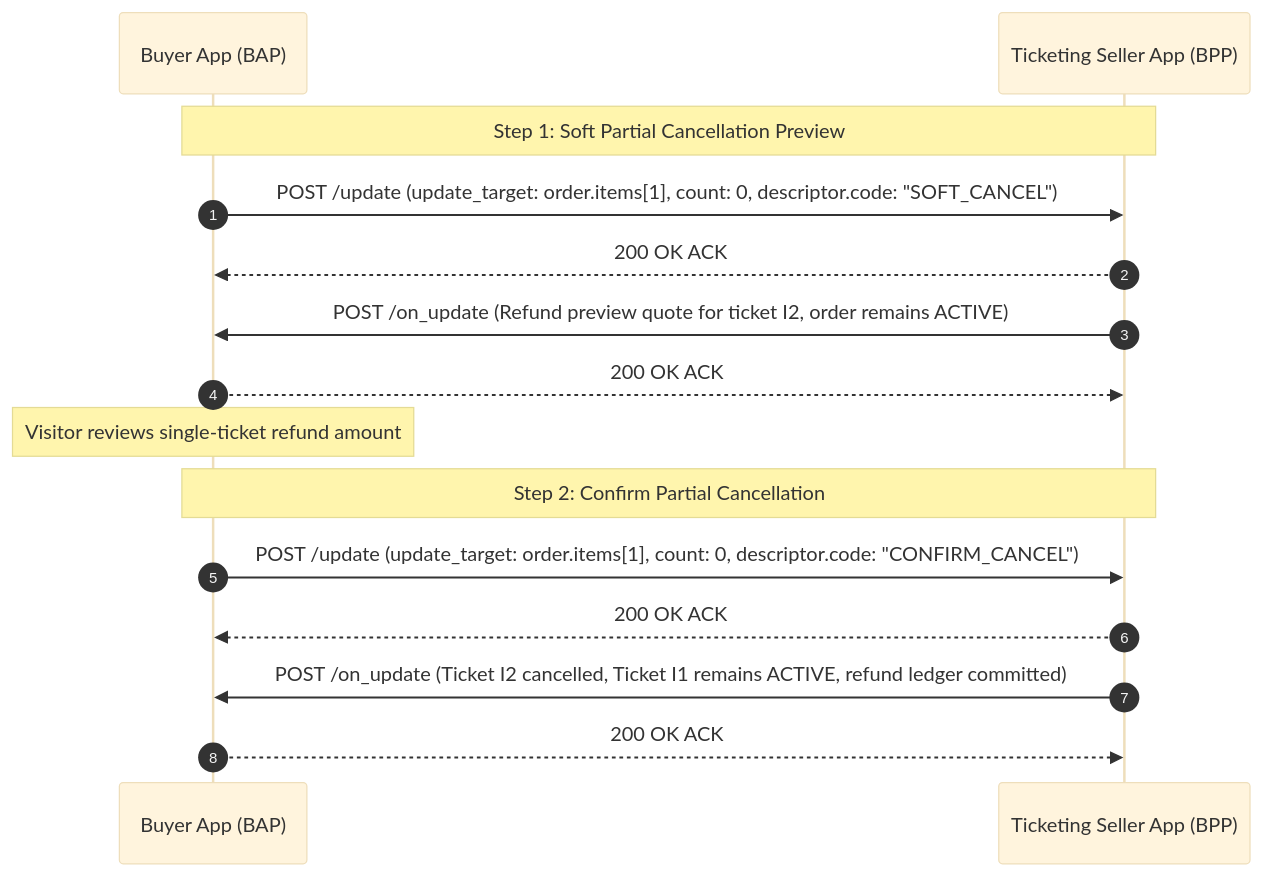
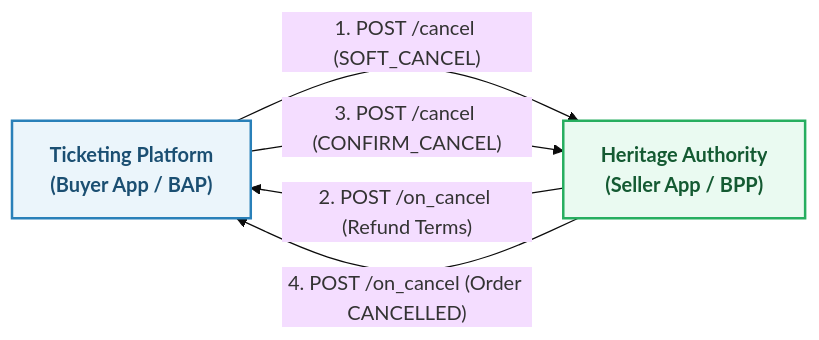
One commit to ONDC-Official/automation-specifications changed the fourth of 6 diagrams in config/docs/overview.md. Above: the diagram before and after it, drawn with Mermaid (base theme). The commit also changed other lines of this file, not shown here.

````diff
--- a/config/docs/overview.md
+++ b/config/docs/overview.md
@@ -322,19 +361,13 @@
 ```mermaid
-sequenceDiagram
-    autonumber
-    participant BAP as Buyer App (BAP)
-    participant BPP as Ticketing Seller App (BPP)
-    
-    Note over BAP,BPP: Step 1: Soft Partial Cancellation Preview
-    BAP->>BPP: POST /update (update_target: order.items[1], count: 0, descriptor.code: "SOFT_CANCEL")
-    BPP-->>BAP: 200 OK ACK
-    BPP->>BAP: POST /on_update (Refund preview quote for ticket I2, order remains ACTIVE)
-    BAP-->>BPP: 200 OK ACK
-    Note over BAP: Visitor reviews single-ticket refund amount
-    
-    Note over BAP,BPP: Step 2: Confirm Partial Cancellation
-    BAP->>BPP: POST /update (update_target: order.items[1], count: 0, descriptor.code: "CONFIRM_CANCEL")
-    BPP-->>BAP: 200 OK ACK
-    BPP->>BAP: POST /on_update (Ticket I2 cancelled, Ticket I1 remains ACTIVE, refund ledger committed)
-    BAP-->>BPP: 200 OK ACK
+flowchart LR
+    classDef client fill:#EBF5FB,stroke:#2980B9,stroke-width:2px,color:#1B4F72,font-weight:bold;
+    classDef provider fill:#EAFAF1,stroke:#27AE60,stroke-width:2px,color:#145A32,font-weight:bold;
+
+    BAP["Ticketing Platform<br/>(Buyer App / BAP)"]:::client
+    BPP["Heritage Authority<br/>(Seller App / BPP)"]:::provider
+
+    BAP -->|"1. POST /cancel (SOFT_CANCEL)"| BPP
+    BPP -->|"2. POST /on_cancel (Refund Terms)"| BAP
+    BAP -->|"3. POST /cancel (CONFIRM_CANCEL)"| BPP
+    BPP -->|"4. POST /on_cancel (Order CANCELLED)"| BAP
 ```
````
